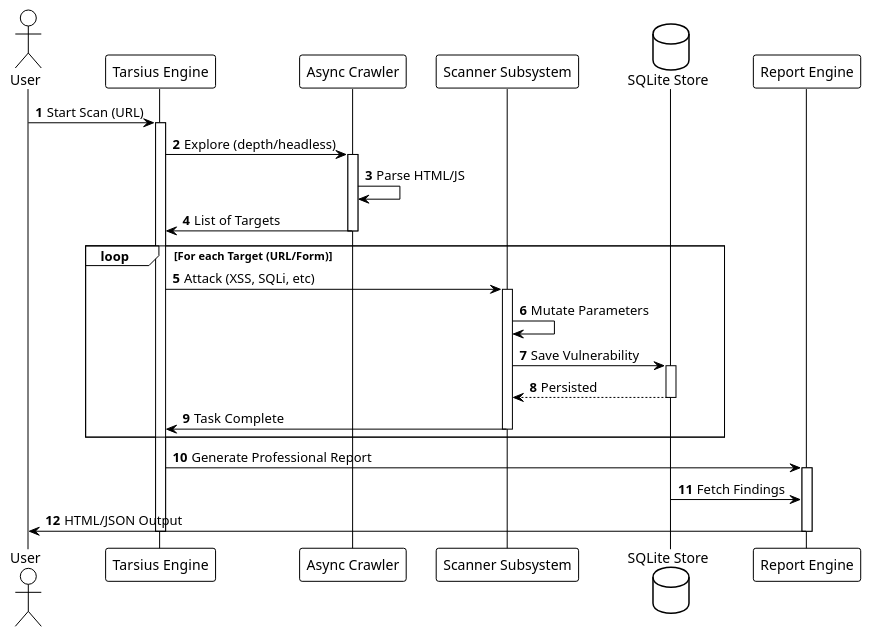
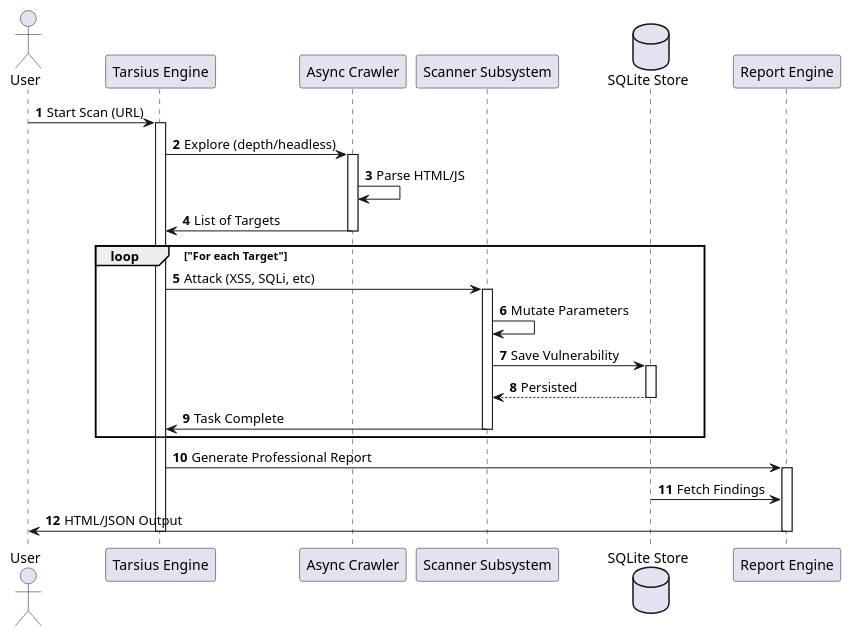
One commit to StealthMoud/Tarsius changed the diagram in docs/diagrams/scanning_flow.puml. Above: the diagram before and after it, drawn with PlantUML. The commit also changed 1 other file, not shown here.

Commit message:
fix PlantUML syntax errors for better compatibility

```diff
--- a/docs/diagrams/scanning_flow.puml
+++ b/docs/diagrams/scanning_flow.puml
@@ -1,40 +1,39 @@
-@startuml scanning_flow
-!theme plain
+@startuml
 autonumber
 
 actor User
 participant "Tarsius Engine" as Engine
 participant "Async Crawler" as Crawler
 participant "Scanner Subsystem" as Scanner
 database "SQLite Store" as DB
 participant "Report Engine" as Reporter
 
 User -> Engine : Start Scan (URL)
 activate Engine
 
 Engine -> Crawler : Explore (depth/headless)
 activate Crawler
 Crawler -> Crawler : Parse HTML/JS
 Crawler -> Engine : List of Targets
 deactivate Crawler
 
-loop For each Target (URL/Form)
+loop "For each Target"
     Engine -> Scanner : Attack (XSS, SQLi, etc)
     activate Scanner
     Scanner -> Scanner : Mutate Parameters
     Scanner -> DB : Save Vulnerability
     activate DB
     DB --> Scanner : Persisted
     deactivate DB
     Scanner -> Engine : Task Complete
     deactivate Scanner
 end
 
 Engine -> Reporter : Generate Professional Report
 activate Reporter
 DB -> Reporter : Fetch Findings
 Reporter -> User : HTML/JSON Output
 deactivate Reporter
 
 deactivate Engine
 @enduml
```
